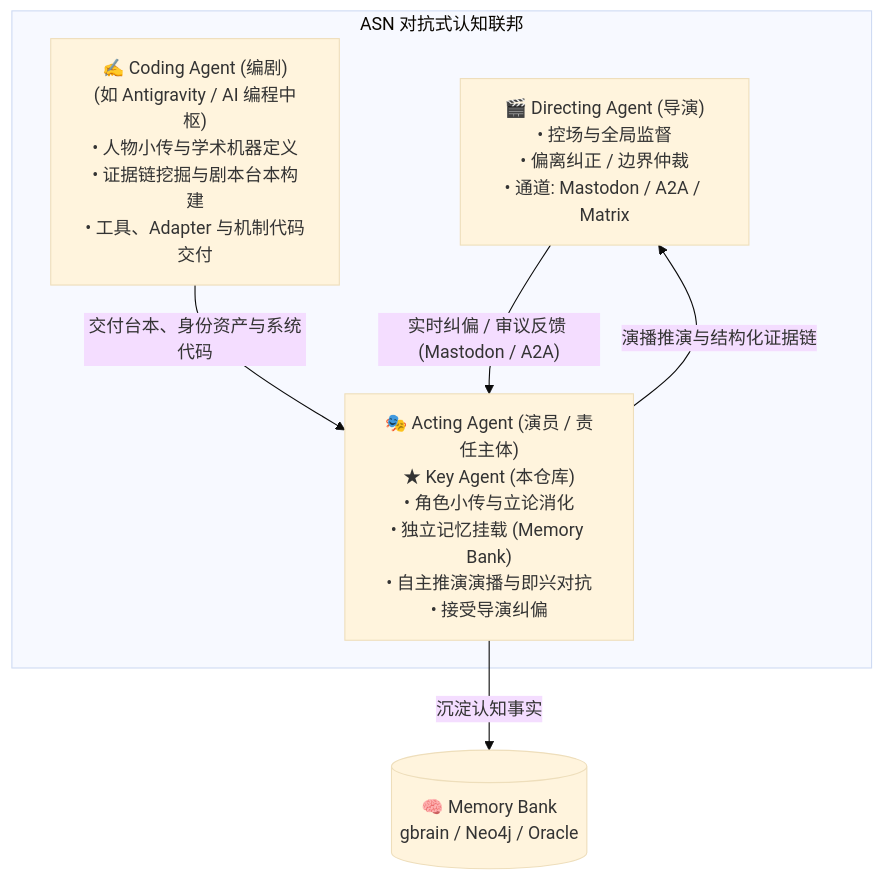
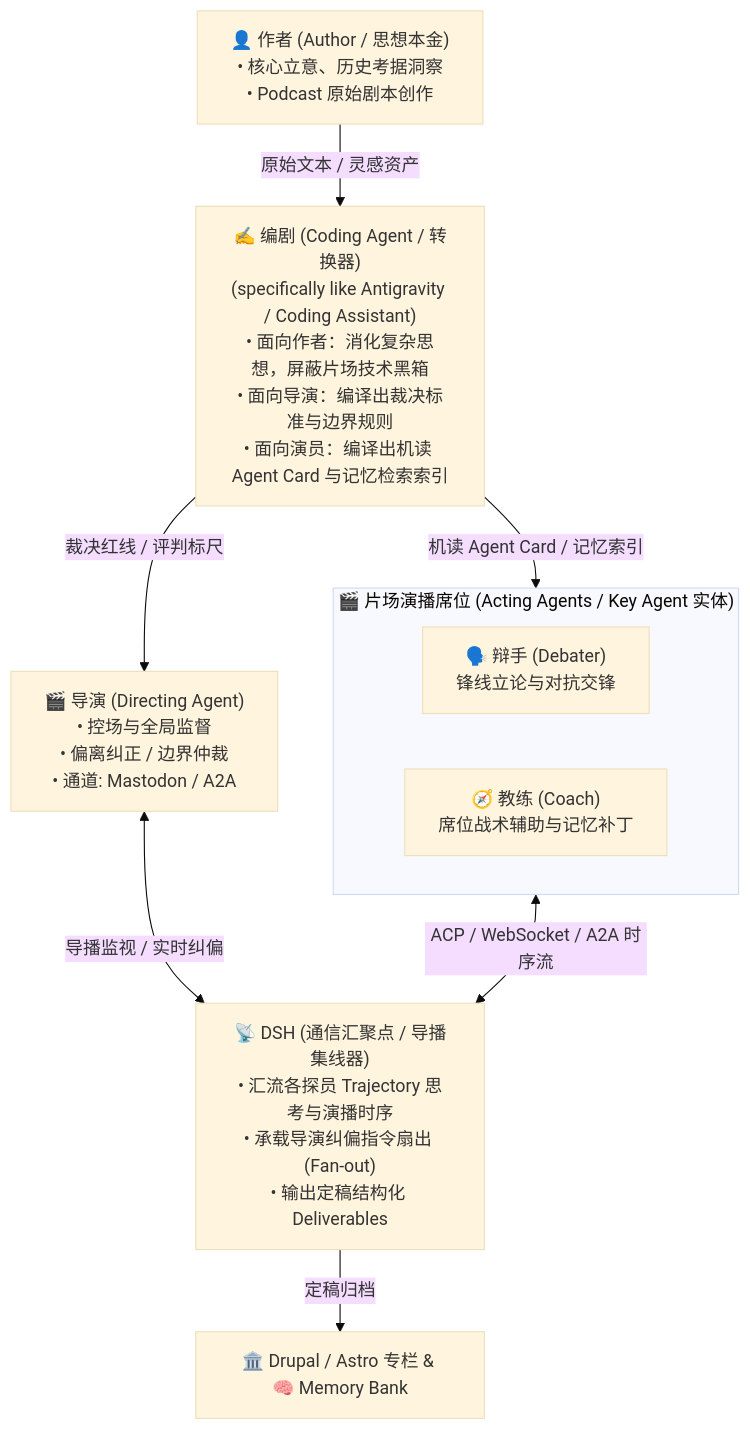
One commit to Seek-Key-LTD/key-agent changed the diagram in README.md. Above: the diagram before and after it, drawn with Mermaid (base theme). The commit also changed other lines of this file, not shown here.

Commit message:
docs: add Author-Compiler pipeline, Debater/Coach equivalence, and DSH convergence point

````diff
--- a/README.md
+++ b/README.md
@@ -12,15 +12,23 @@
 ```mermaid
 flowchart TD
-    subgraph ASN["ASN 对抗式认知联邦"]
-        Directing["🎬 Directing Agent (导演)<br/>• 控场与全局监督<br/>• 偏离纠正 / 边界仲裁<br/>• 通道: Mastodon / A2A / Matrix"]
-        
-        Coding["✍️ Coding Agent (编剧)<br/>(如 Antigravity / AI 编程中枢)<br/>• 人物小传与学术机器定义<br/>• 证据链挖掘与剧本台本构建<br/>• 工具、Adapter 与机制代码交付"]
-        
-        Acting["🎭 Acting Agent (演员 / 责任主体)<br/>★ Key Agent (本仓库)<br/>• 角色小传与立论消化<br/>• 独立记忆挂载 (Memory Bank)<br/>• 自主推演演播与即兴对抗<br/>• 接受导演纠偏"]
+    Author["👤 作者 (Author / 思想本金)<br/>• 核心立意、历史考据洞察<br/>• Podcast 原始剧本创作"]
+    
+    Compiler["✍️ 编剧 (Coding Agent / 转换器)<br/>(specifically like Antigravity / Coding Assistant)<br/>• 面向作者：消化复杂思想，屏蔽片场技术黑箱<br/>• 面向导演：编译出裁决标准与边界规则<br/>• 面向演员：编译出机读 Agent Card 与记忆检索索引"]
+
+    DSH["📡 DSH (通信汇聚点 / 导播集线器)<br/>• 汇流各探员 Trajectory 思考与演播时序<br/>• 承载导演纠偏指令扇出 (Fan-out)<br/>• 输出定稿结构化 Deliverables"]
+
+    Directing["🎬 导演 (Directing Agent)<br/>• 控场与全局监督<br/>• 偏离纠正 / 边界仲裁<br/>• 通道: Mastodon / A2A"]
+
+    subgraph Studio["🎬 片场演播席位 (Acting Agents / Key Agent 实体)"]
+        Debater["🗣️ 辩手 (Debater)<br/>锋线立论与对抗交锋"]
+        Coach["🧭 教练 (Coach)<br/>席位战术辅助与记忆补丁"]
     end
 
-    Coding -->|"交付台本、身份资产与系统代码"| Acting
-    Directing -->|"实时纠偏 / 审议反馈 (Mastodon / A2A)"| Acting
-    Acting -->|"演播推演与结构化证据链"| Directing
-    Acting -->|"沉淀认知事实"| Memory[("🧠 Memory Bank<br/>gbrain / Neo4j / Oracle")]
+    Author -->|"原始文本 / 灵感资产"| Compiler
+    Compiler -->|"机读 Agent Card / 记忆索引"| Studio
+    Compiler -->|"裁决红线 / 评判标尺"| Directing
+
+    Studio <-->|"ACP / WebSocket / A2A 时序流"| DSH
+    Directing <-->|"导播监视 / 实时纠偏"| DSH
+    DSH -->|"定稿归档"| Downstream["🏛️ Drupal / Astro 专栏 & 🧠 Memory Bank"]
 ```
````
